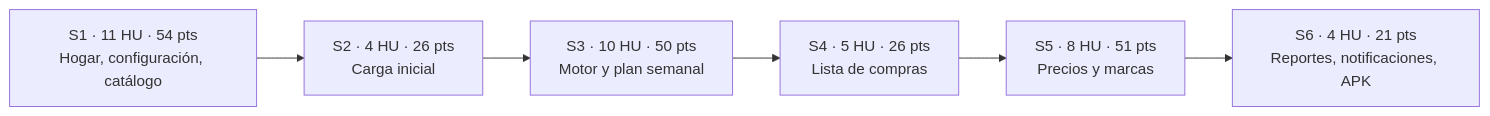
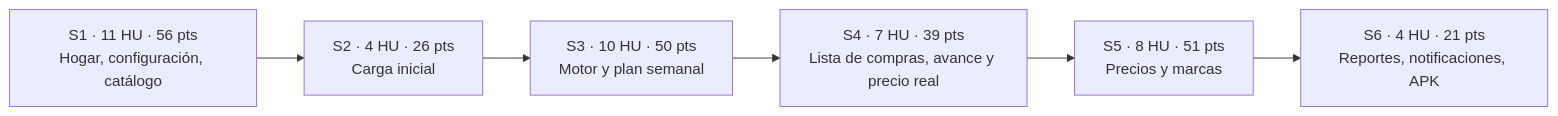
Before and after one commit to devrenerosales/App_Comidas: the second of 2 diagrams in docs/01-requerimientos/historias/README.md, drawn with Mermaid. The commit also changed other lines of this file and 11 other files, not shown here.

````diff
--- a/docs/01-requerimientos/historias/README.md
+++ b/docs/01-requerimientos/historias/README.md
@@ -88,8 +88,8 @@
 ```mermaid
 flowchart LR
-  S1["S1 · 11 HU · 54 pts<br>Hogar, configuración, catálogo"] --> S2["S2 · 4 HU · 26 pts<br>Carga inicial"]
+  S1["S1 · 11 HU · 56 pts<br>Hogar, configuración, catálogo"] --> S2["S2 · 4 HU · 26 pts<br>Carga inicial"]
   S2 --> S3["S3 · 10 HU · 50 pts<br>Motor y plan semanal"]
-  S3 --> S4["S4 · 5 HU · 26 pts<br>Lista de compras"]
+  S3 --> S4["S4 · 7 HU · 39 pts<br>Lista de compras, avance y precio real"]
   S4 --> S5["S5 · 8 HU · 51 pts<br>Precios y marcas"]
   S5 --> S6["S6 · 4 HU · 21 pts<br>Reportes, notificaciones, APK"]
 ```
````
